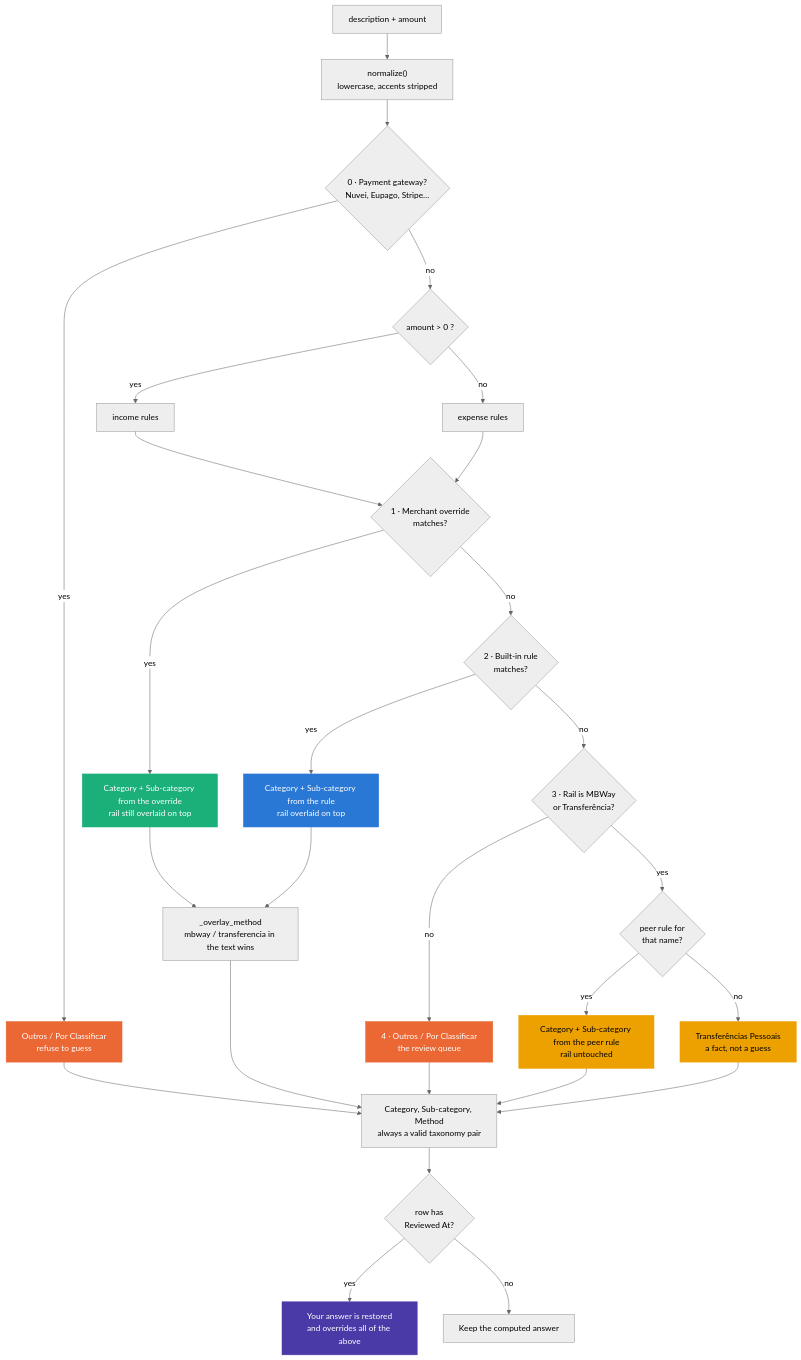
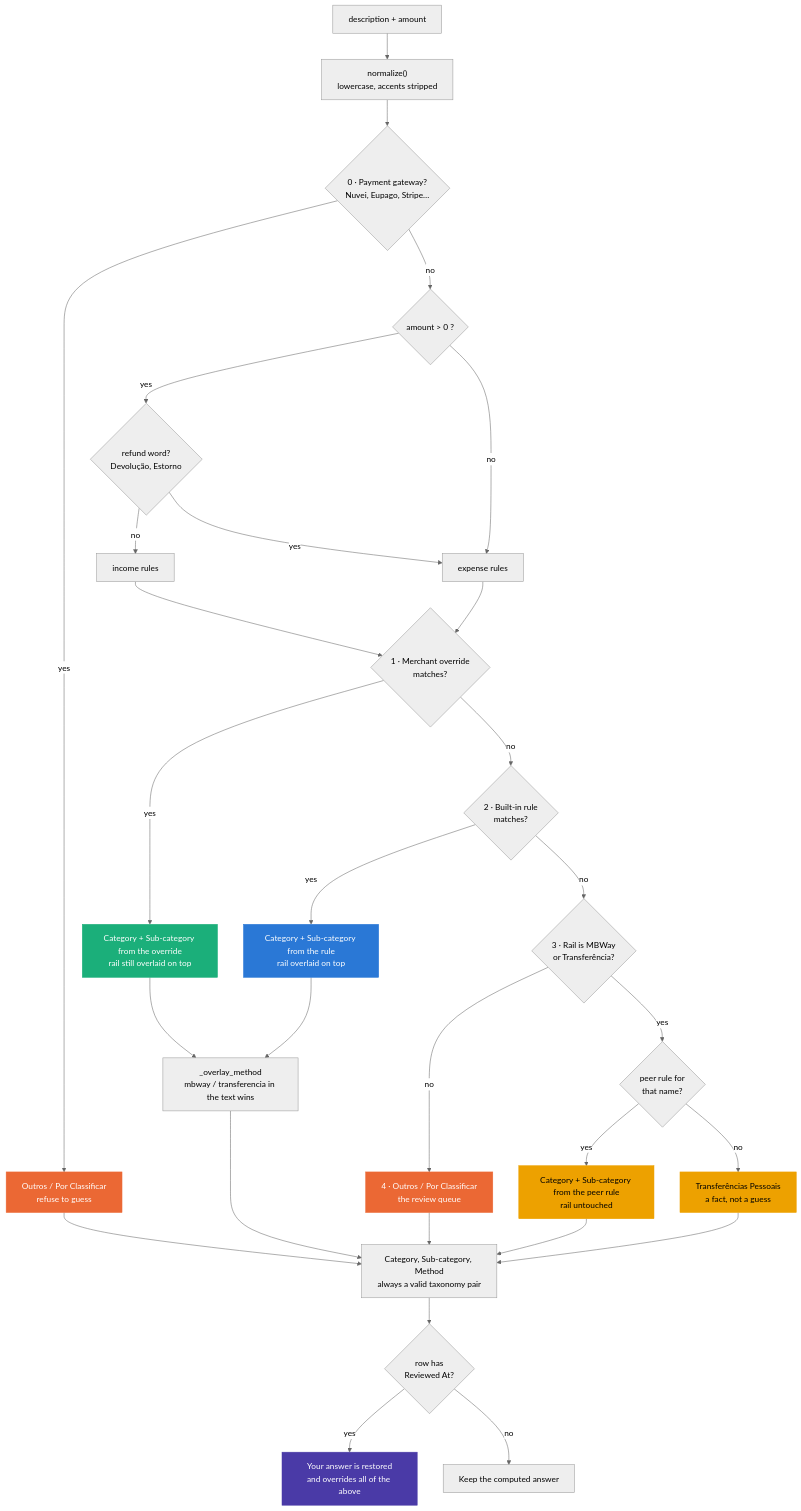
Before and after one commit to DuarteLopes99/Personal_Finances: the diagram in docs/categorization.md, drawn with Mermaid (neutral theme). The commit also changed other lines of this file and 11 other files, not shown here.

````diff
--- a/docs/categorization.md
+++ b/docs/categorization.md
@@ -111,48 +139,50 @@
 ```mermaid
 flowchart TD
     START["description + amount"] --> NORM["normalize()<br/>lowercase, accents stripped"]
     NORM --> L0
 
     L0{"0 · Payment gateway?<br/>Nuvei, Eupago, Stripe…"}
     L0 -->|yes| L0R["Outros / Por Classificar<br/>refuse to guess"]
     L0 -->|no| SIGN{"amount > 0 ?"}
 
-    SIGN -->|"yes"| INC["income rules"]
+    SIGN -->|"yes"| RF{"refund word?<br/>Devolução, Estorno"}
+    RF -->|"no"| INC["income rules"]
+    RF -->|"yes"| EXP
     SIGN -->|"no"| EXP["expense rules"]
     INC --> L1
     EXP --> L1
 
     L1{"1 · Merchant override<br/>matches?"}
     L1 -->|yes| L1R["Category + Sub-category from the override<br/>rail still overlaid on top"]
     L1 -->|no| L2
 
     L2{"2 · Built-in rule<br/>matches?"}
     L2 -->|yes| L2R["Category + Sub-category from the rule<br/>rail overlaid on top"]
     L2 -->|no| L3
 
     L3{"3 · Rail is MBWay<br/>or Transferência?"}
     L3 -->|no| L4["4 · Outros / Por Classificar<br/>the review queue"]
     L3 -->|yes| L3B{"peer rule for<br/>that name?"}
     L3B -->|yes| L3R["Category + Sub-category from the peer rule<br/>rail untouched"]
     L3B -->|no| L3N["Transferências Pessoais<br/>a fact, not a guess"]
 
     L1R --> M["_overlay_method<br/>mbway / transferencia in the text wins"]
     L2R --> M
     L0R --> OUT
     L3R --> OUT
     L3N --> OUT
     L4 --> OUT
     M --> OUT["Category, Sub-category, Method<br/>always a valid taxonomy pair"]
 
     OUT --> REV{"row has<br/>Reviewed At?"}
     REV -->|yes| HUMAN["Your answer is restored<br/>and overrides all of the above"]
     REV -->|no| KEEP["Keep the computed answer"]
 
     style L0R fill:#eb6834,stroke:#eb6834,color:#fff
     style L1R fill:#1baf7a,stroke:#1baf7a,color:#fff
     style L2R fill:#2a78d6,stroke:#2a78d6,color:#fff
     style L3R fill:#eda100,stroke:#eda100,color:#000
     style L3N fill:#eda100,stroke:#eda100,color:#000
     style L4 fill:#eb6834,stroke:#eb6834,color:#fff
     style HUMAN fill:#4a3aa7,stroke:#4a3aa7,color:#fff
 ```
````
